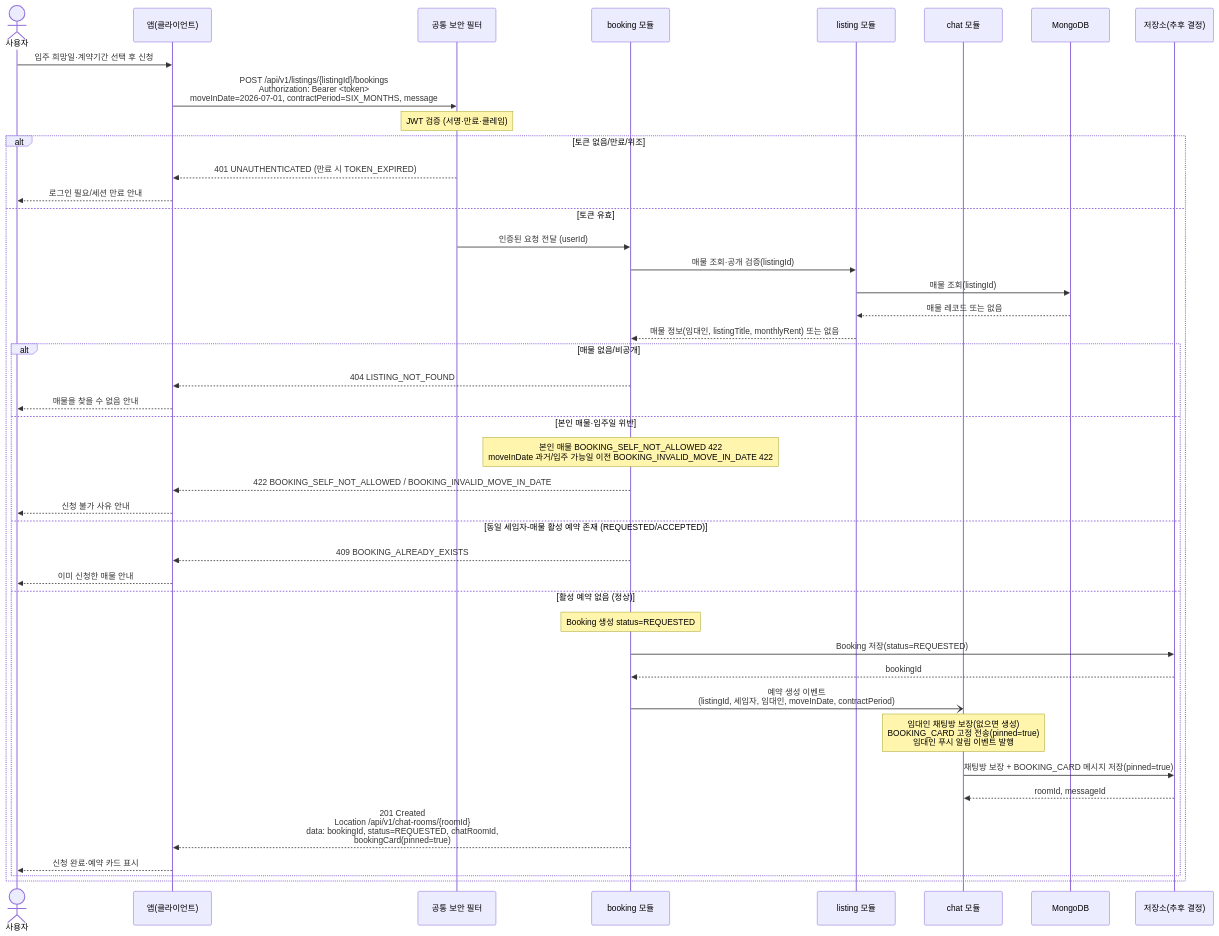
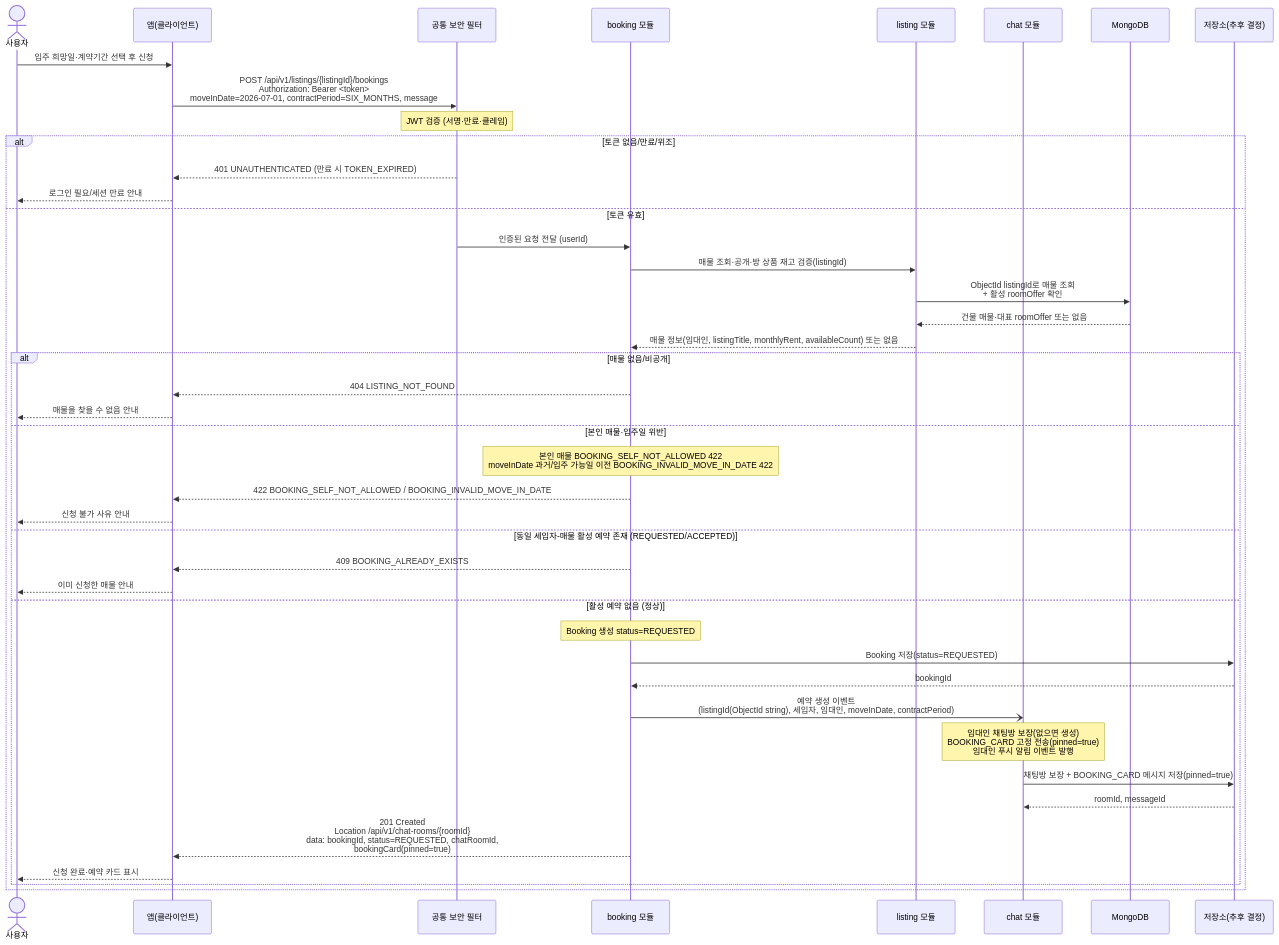
One commit to jameskim9509/Kohere-backend changed the diagram in docs/architecture/sequence-diagrams/04-booking-inquiry-chat/us-4-1-booking-create.md. Above: the diagram before and after it, drawn with Mermaid. The commit also changed other lines of this file and 51 other files, not shown here.

````diff
--- a/docs/architecture/sequence-diagrams/04-booking-inquiry-chat/us-4-1-booking-create.md
+++ b/docs/architecture/sequence-diagrams/04-booking-inquiry-chat/us-4-1-booking-create.md
@@ -5,48 +5,48 @@
 ```mermaid
 sequenceDiagram
     actor U as 사용자
     participant C as 앱(클라이언트)
     participant SEC as 공통 보안 필터
     participant BOOK as booking 모듈
     participant LIST as listing 모듈
     participant CHAT as chat 모듈
     participant MDB as MongoDB
     participant XDB as 저장소(추후 결정)
 
     U->>C: 입주 희망일·계약기간 선택 후 신청
     C->>SEC: POST /api/v1/listings/{listingId}/bookings<br/>Authorization: Bearer <token><br/>moveInDate=2026-07-01, contractPeriod=SIX_MONTHS, message
     Note over SEC: JWT 검증 (서명·만료·클레임)
 
     alt 토큰 없음/만료/위조
         SEC-->>C: 401 UNAUTHENTICATED (만료 시 TOKEN_EXPIRED)
         C-->>U: 로그인 필요/세션 만료 안내
     else 토큰 유효
         SEC->>BOOK: 인증된 요청 전달 (userId)
-        BOOK->>LIST: 매물 조회·공개 검증(listingId)
-        LIST->>MDB: 매물 조회(listingId)
-        MDB-->>LIST: 매물 레코드 또는 없음
-        LIST-->>BOOK: 매물 정보(임대인, listingTitle, monthlyRent) 또는 없음
+        BOOK->>LIST: 매물 조회·공개·방 상품 재고 검증(listingId)
+        LIST->>MDB: ObjectId listingId로 매물 조회<br/>+ 활성 roomOffer 확인
+        MDB-->>LIST: 건물 매물·대표 roomOffer 또는 없음
+        LIST-->>BOOK: 매물 정보(임대인, listingTitle, monthlyRent, availableCount) 또는 없음
 
         alt 매물 없음/비공개
             BOOK-->>C: 404 LISTING_NOT_FOUND
             C-->>U: 매물을 찾을 수 없음 안내
         else 본인 매물·입주일 위반
             Note over BOOK: 본인 매물 BOOKING_SELF_NOT_ALLOWED 422<br/>moveInDate 과거/입주 가능일 이전 BOOKING_INVALID_MOVE_IN_DATE 422
             BOOK-->>C: 422 BOOKING_SELF_NOT_ALLOWED / BOOKING_INVALID_MOVE_IN_DATE
             C-->>U: 신청 불가 사유 안내
         else 동일 세입자-매물 활성 예약 존재 (REQUESTED/ACCEPTED)
             BOOK-->>C: 409 BOOKING_ALREADY_EXISTS
             C-->>U: 이미 신청한 매물 안내
         else 활성 예약 없음 (정상)
             Note over BOOK: Booking 생성 status=REQUESTED
             BOOK->>XDB: Booking 저장(status=REQUESTED)
             XDB-->>BOOK: bookingId
-            BOOK-)CHAT: 예약 생성 이벤트<br/>(listingId, 세입자, 임대인, moveInDate, contractPeriod)
+            BOOK-)CHAT: 예약 생성 이벤트<br/>(listingId(ObjectId string), 세입자, 임대인, moveInDate, contractPeriod)
             Note over CHAT: 임대인 채팅방 보장(없으면 생성)<br/>BOOKING_CARD 고정 전송(pinned=true)<br/>임대인 푸시 알림 이벤트 발행
             CHAT->>XDB: 채팅방 보장 + BOOKING_CARD 메시지 저장(pinned=true)
             XDB-->>CHAT: roomId, messageId
             BOOK-->>C: 201 Created<br/>Location /api/v1/chat-rooms/{roomId}<br/>data: bookingId, status=REQUESTED, chatRoomId,<br/>bookingCard(pinned=true)
             C-->>U: 신청 완료·예약 카드 표시
         end
     end
 ```
````
